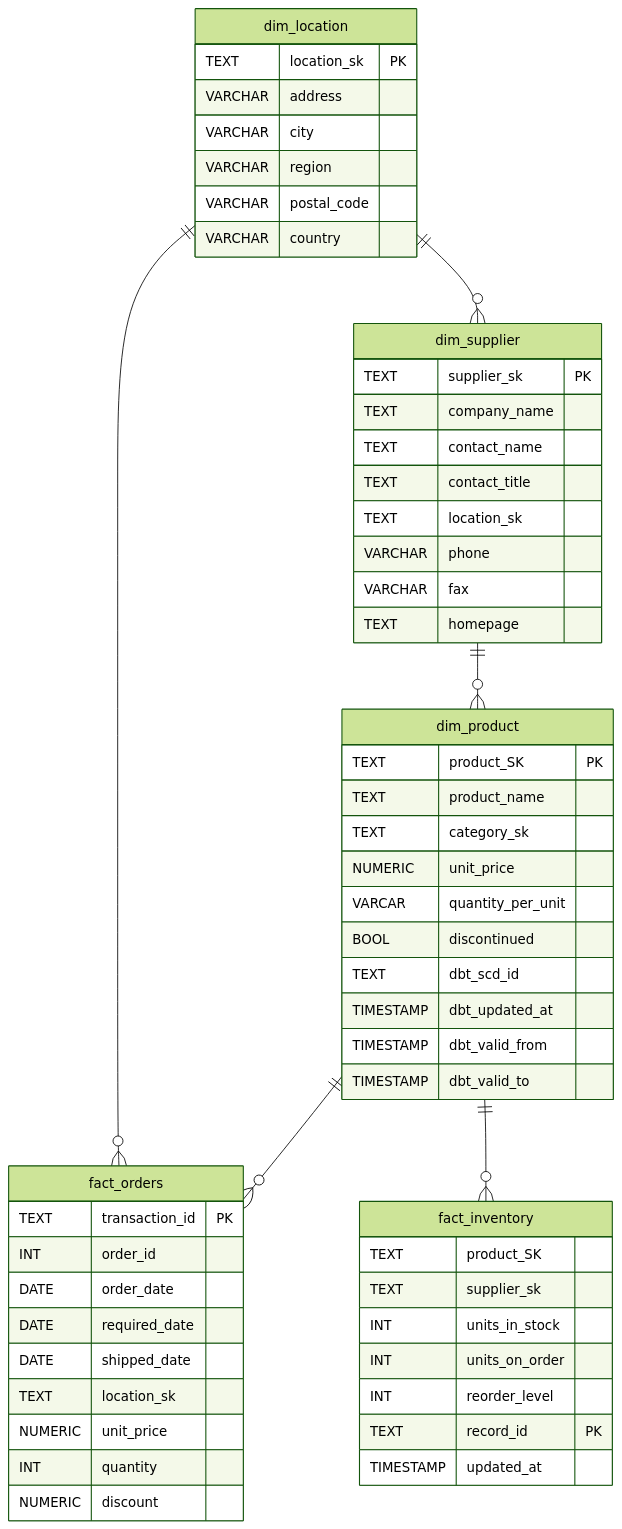
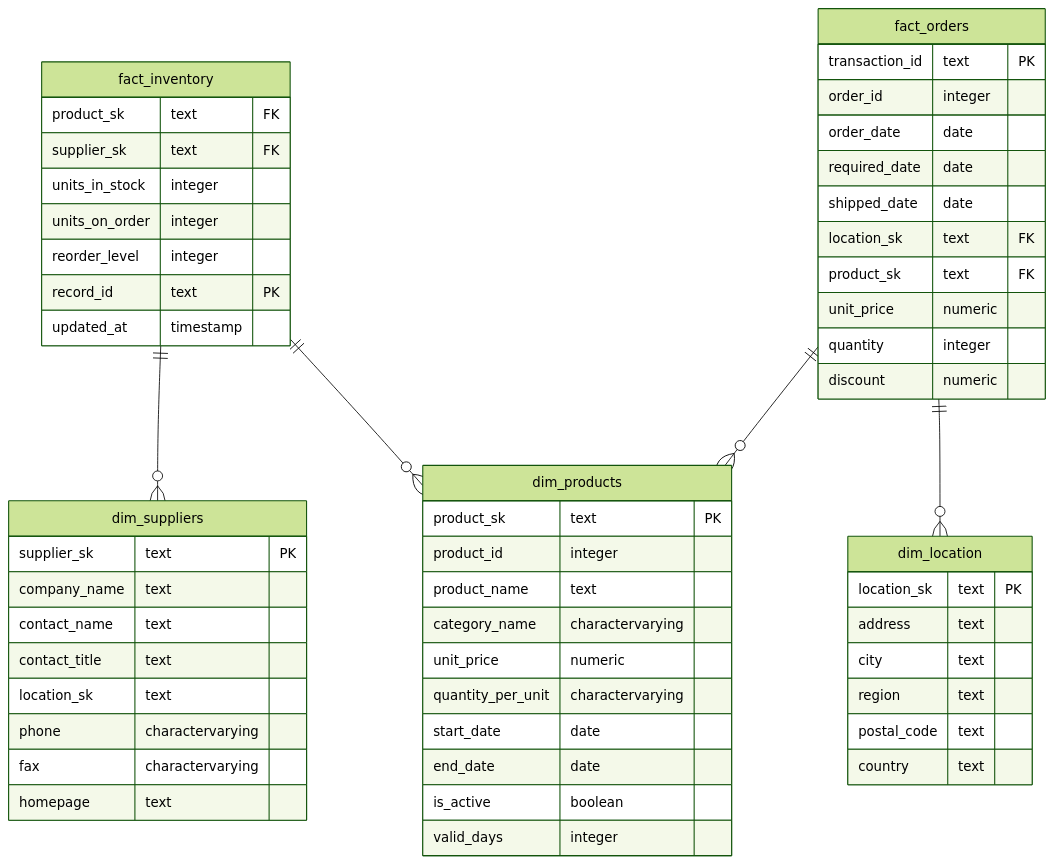
Before and after one commit to ahmadMuhammadGd/northwind-dbt: the diagram in README.md, drawn with Mermaid (forest theme). The commit also changed other lines of this file and 2 other files, not shown here.

Commit message:
readme update

````diff
--- a/README.md
+++ b/README.md
@@ -57,63 +18,64 @@
 ```mermaid
 erDiagram
-    dim_product {
-        TEXT product_SK PK
-        TEXT product_name
-        TEXT category_sk
-        NUMERIC unit_price
-        VARCAR quantity_per_unit
-        BOOL discontinued
-        TEXT dbt_scd_id
-        TIMESTAMP dbt_updated_at
-        TIMESTAMP dbt_valid_from
-        TIMESTAMP dbt_valid_to
+    fact_inventory ||--o{ dim_products: ""
+    fact_inventory ||--o{ dim_suppliers: ""
+    fact_orders ||--o{ dim_location: ""
+    fact_orders ||--o{ dim_products: ""
+    
+    fact_orders {
+        transaction_id	text       PK
+        order_id	    integer     
+        order_date	    date
+        required_date	date
+        shipped_date	date
+        location_sk	    text        FK
+        product_sk	    text        FK
+        unit_price	    numeric
+        quantity	    integer
+        discount	    numeric
     }
 
-    dim_supplier {
-        TEXT supplier_sk PK
-        TEXT company_name
-        TEXT contact_name
-        TEXT contact_title
-        TEXT location_sk
-        VARCHAR phone
-        VARCHAR fax
-        TEXT homepage
+    fact_inventory {
+        product_sk	    text        FK
+        supplier_sk	    text        FK
+        units_in_stock	integer
+        units_on_order	integer
+        reorder_level	integer
+        record_id	    text        PK
+        updated_at	    timestamp
+    }
+
+    dim_products {
+        product_sk	        text        PK
+        product_id	        integer     
+        product_name	    text
+        category_name	    charactervarying
+        unit_price	        numeric
+        quantity_per_unit	charactervarying
+        start_date	        date
+        end_date	        date
+        is_active	        boolean
+        valid_days	        integer
     }
 
     dim_location {
-        TEXT location_sk PK
-        VARCHAR address
-        VARCHAR city
-        VARCHAR region
-        VARCHAR postal_code
-        VARCHAR country
+        location_sk	    text    PK
+        address	        text
+        city	        text
+        region	        text
+        postal_code	    text
+        country	        text
     }
 
-    fact_orders {
-        TEXT transaction_id PK
-        INT order_id
-        DATE order_date
-        DATE required_date
-        DATE shipped_date
-        TEXT location_sk
-        NUMERIC unit_price
-        INT quantity
-        NUMERIC discount
+
+    dim_suppliers{
+        supplier_sk     text                PK
+        company_name    text                
+        contact_name    text                
+        contact_title   text                
+        location_sk     text                
+        phone       	charactervarying                
+        fax     	    charactervarying                
+        homepage        text                
     }
-
-    fact_inventory {
-        TEXT product_SK 
-        TEXT supplier_sk
-        INT units_in_stock
-        INT units_on_order
-        INT reorder_level
-        TEXT record_id PK
-        TIMESTAMP updated_at
-    }
-
-    dim_product ||--o{ fact_orders : ""
-    dim_product ||--o{ fact_inventory : ""
-    dim_supplier ||--o{ dim_product:""
-    dim_location ||--o{ dim_supplier:""
-    dim_location ||--o{ fact_orders:""
 ```
````
